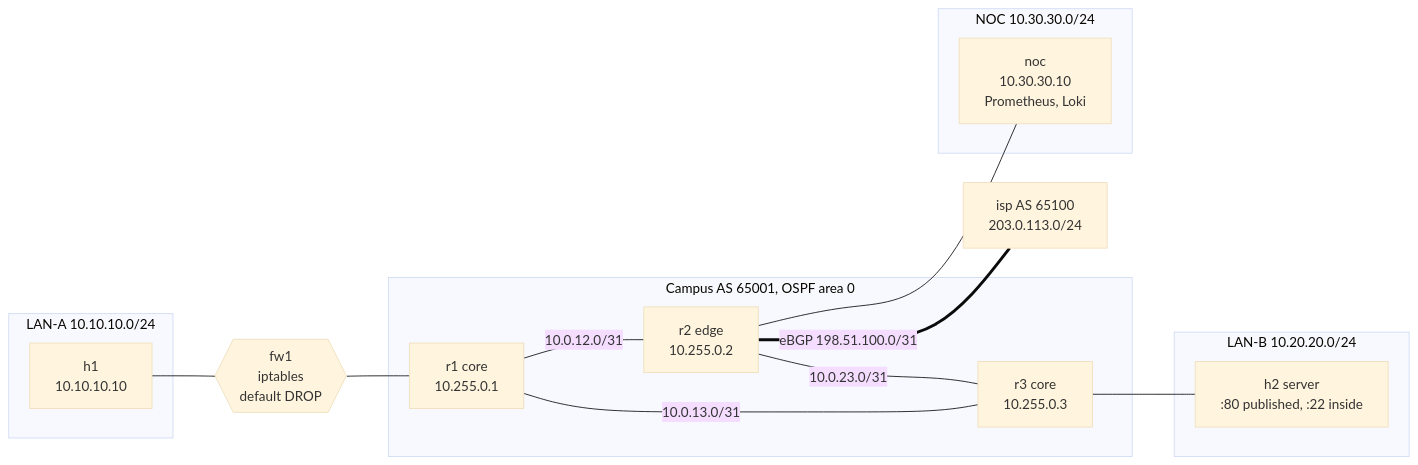
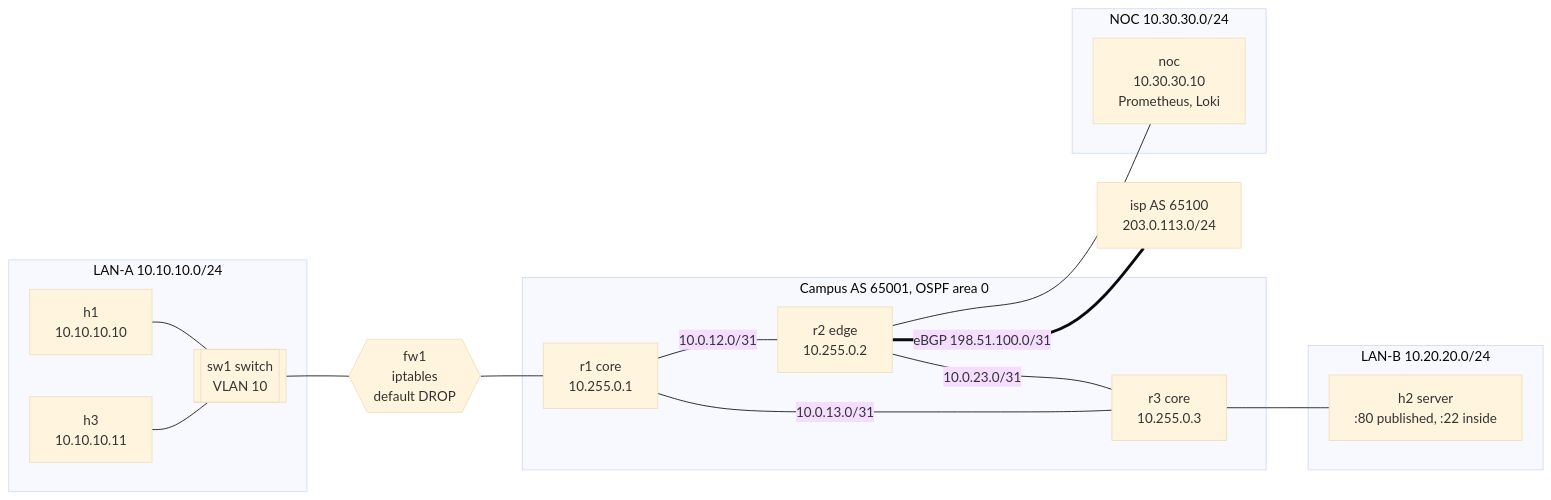
One commit to DoctorMen/network-automation-lab changed the diagram in README.md. Above: the diagram before and after it, drawn with Mermaid (base theme). The commit also changed other lines of this file and 1 other file, not shown here.

Commit message:
Describe the lab as it is now: 10 nodes and 17 sidecars, h1 and h3 on sw1
Claude-Session: https://claude.ai/code/session_01Hom1qntqbd97vbWBXakn3e

````diff
--- a/README.md
+++ b/README.md
@@ -8,27 +8,31 @@
 ```mermaid
 flowchart LR
     subgraph LANA["LAN-A 10.10.10.0/24"]
         h1["h1<br/>10.10.10.10"]
+        h3["h3<br/>10.10.10.11"]
+        sw1[["sw1 switch<br/>VLAN 10"]]
     end
     fw1{{"fw1<br/>iptables<br/>default DROP"}}
     subgraph CAMPUS["Campus AS 65001, OSPF area 0"]
         r1["r1 core<br/>10.255.0.1"]
         r2["r2 edge<br/>10.255.0.2"]
         r3["r3 core<br/>10.255.0.3"]
     end
     subgraph LANB["LAN-B 10.20.20.0/24"]
         h2["h2 server<br/>:80 published, :22 inside"]
     end
     isp["isp AS 65100<br/>203.0.113.0/24"]
     subgraph NOC["NOC 10.30.30.0/24"]
         noc["noc<br/>10.30.30.10<br/>Prometheus, Loki"]
     end
 
-    h1 --- fw1 --- r1
+    h1 --- sw1
+    h3 --- sw1
+    sw1 --- fw1 --- r1
     r1 ---|"10.0.12.0/31"| r2
     r2 ---|"10.0.23.0/31"| r3
     r1 ---|"10.0.13.0/31"| r3
     r3 --- h2
     r2 ===|"eBGP 198.51.100.0/31"| isp
     r2 --- noc
 ```
````
